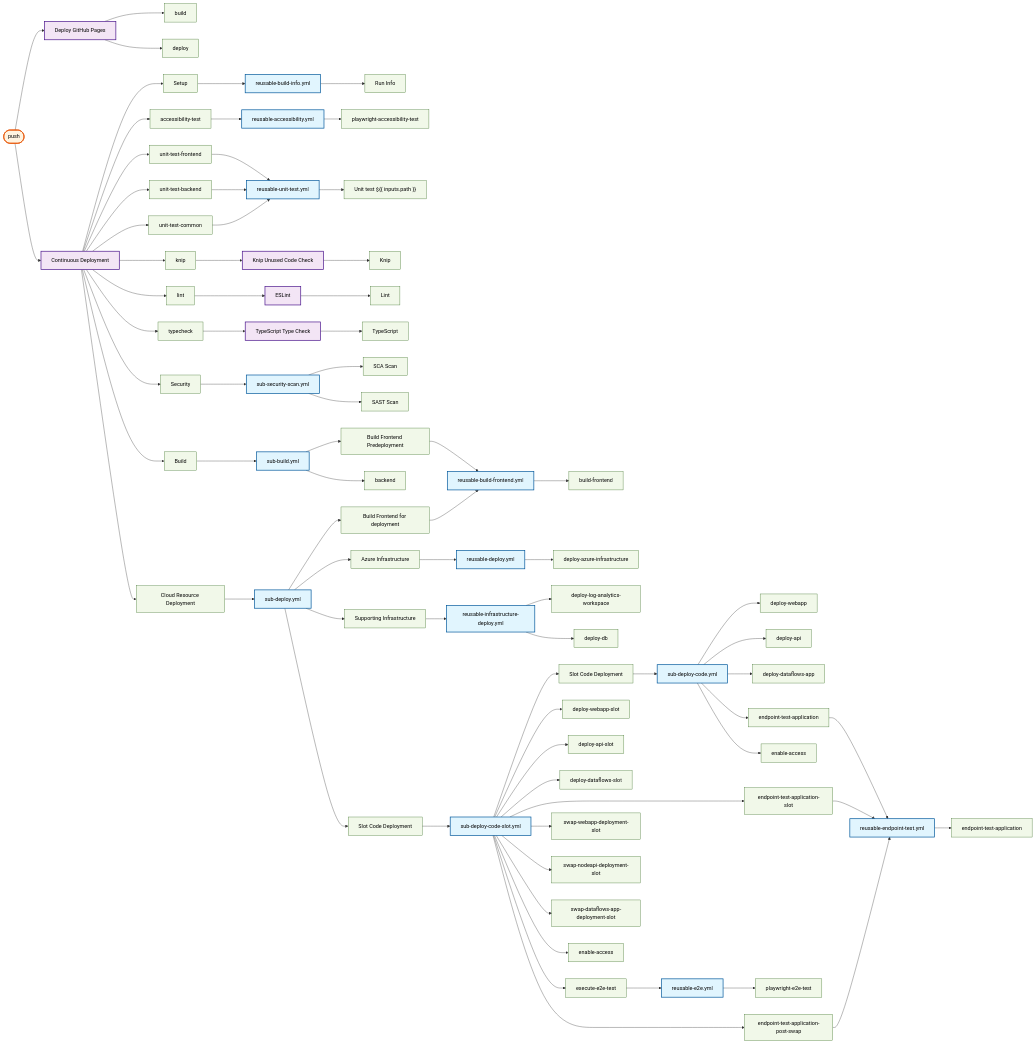
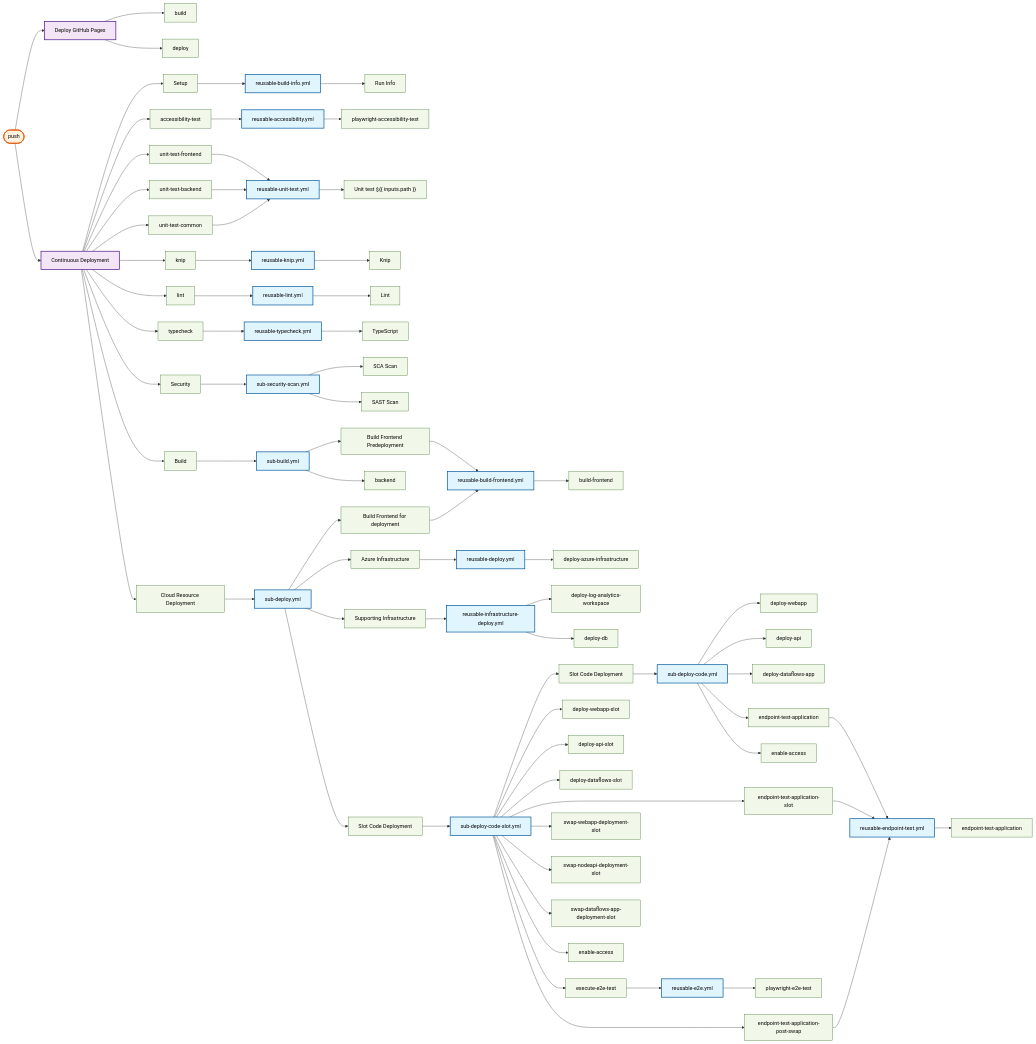
One commit to US-Trustee-Program/Bankruptcy-Oversight-Support-Systems changed the seventh of 24 diagrams in docs/operations/workflow-diagram.md. Above: the diagram before and after it, drawn with Mermaid. The commit also changed other lines of this file and 6 other files, not shown here.

```diff
--- a/docs/operations/workflow-diagram.md
+++ b/docs/operations/workflow-diagram.md
@@ -123,13 +123,13 @@
     continuous_deployment_yml_unit_test_backend["unit-test-backend"]
     continuous_deployment_yml_unit_test_common["unit-test-common"]
     continuous_deployment_yml_knip["knip"]
-    reusable_knip_yml["Knip Unused Code Check"]
+    reusable_knip_yml["reusable-knip.yml"]
     reusable_knip_yml_knip["Knip"]
     continuous_deployment_yml_lint["lint"]
-    reusable_lint_yml["ESLint"]
+    reusable_lint_yml["reusable-lint.yml"]
     reusable_lint_yml_lint["Lint"]
     continuous_deployment_yml_typecheck["typecheck"]
-    reusable_typecheck_yml["TypeScript Type Check"]
+    reusable_typecheck_yml["reusable-typecheck.yml"]
     reusable_typecheck_yml_typecheck["TypeScript"]
     continuous_deployment_yml_security_scan["Security"]
     sub_security_scan_yml["sub-security-scan.yml"]
@@ -270,13 +270,13 @@
     class continuous_deployment_yml_unit_test_backend job
     class continuous_deployment_yml_unit_test_common job
     class continuous_deployment_yml_knip job
-    class reusable_knip_yml mainWorkflow
+    class reusable_knip_yml reusable
     class reusable_knip_yml_knip job
     class continuous_deployment_yml_lint job
-    class reusable_lint_yml mainWorkflow
+    class reusable_lint_yml reusable
     class reusable_lint_yml_lint job
     class continuous_deployment_yml_typecheck job
-    class reusable_typecheck_yml mainWorkflow
+    class reusable_typecheck_yml reusable
     class reusable_typecheck_yml_typecheck job
     class continuous_deployment_yml_security_scan job
     class sub_security_scan_yml reusable
```
